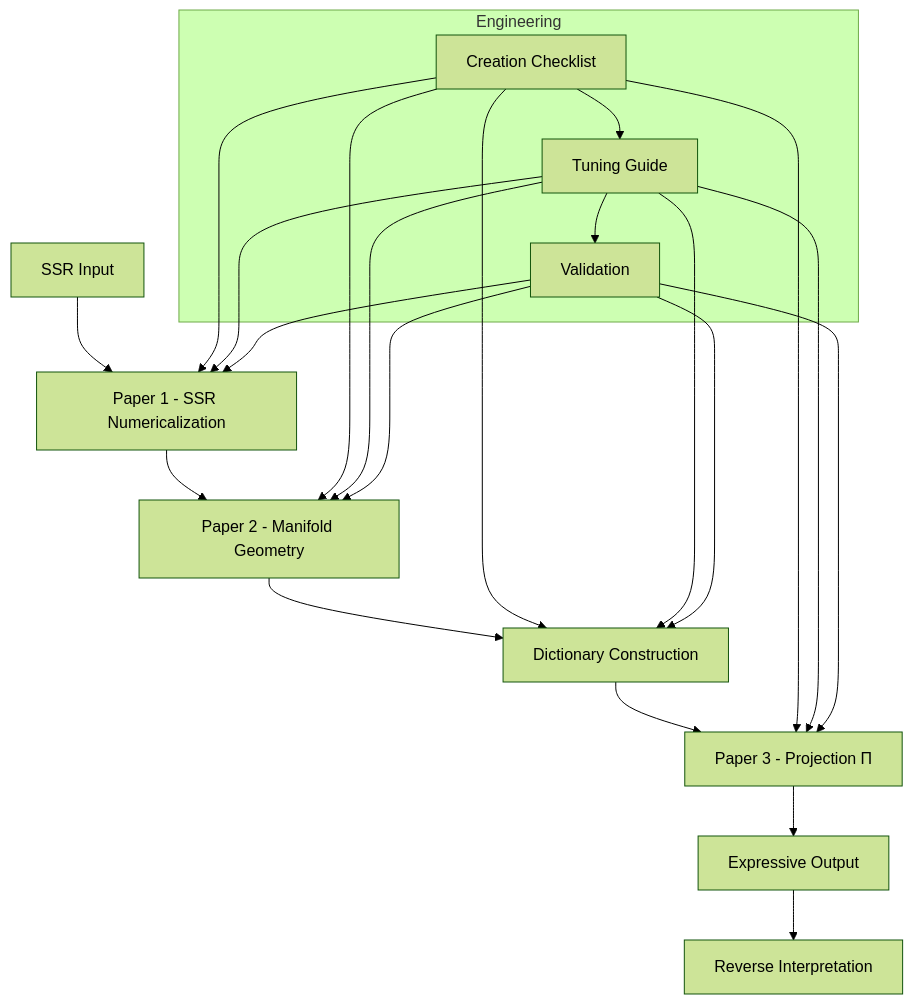
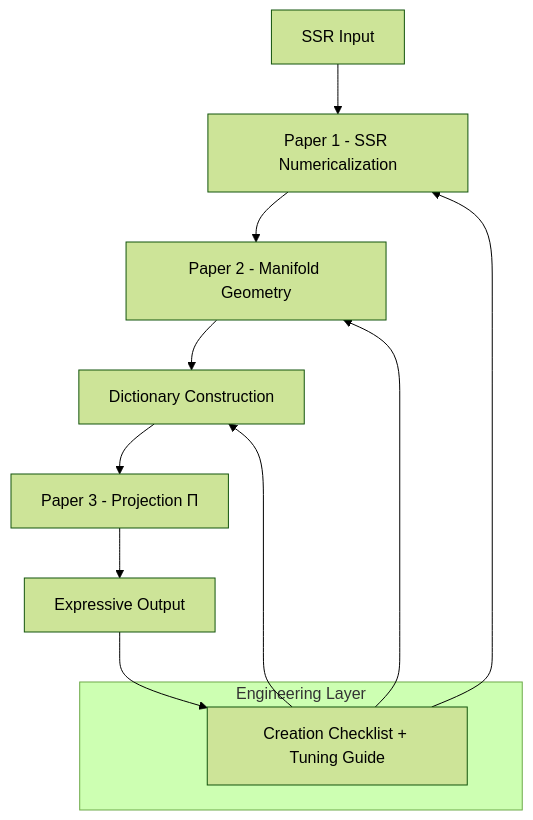
The diagram in thought_simulator/20_requirements/system_playground/manifold/manifold_white_papers/prework_manifold_and_back.md (CuriousOne23/WhenMathPrays), drawn with Mermaid (forest theme) before and after one commit. The commit also changed other lines of this file, not shown here.

````diff
--- a/thought_simulator/20_requirements/system_playground/manifold/manifold_white_papers/prework_manifold_and_back.md
+++ b/thought_simulator/20_requirements/system_playground/manifold/manifold_white_papers/prework_manifold_and_back.md
@@ -22,17 +22,18 @@
 ```mermaid
 flowchart TD
     A[SSR Input] --> B[Paper 1 - SSR Numericalization]
     B --> C[Paper 2 - Manifold Geometry]
     C --> D[Dictionary Construction]
     D --> E[Paper 3 - Projection Π]
     
-    subgraph Engineering
-        F[Creation Checklist] --> G[Tuning Guide]
-        G --> H[Validation]
+    E --> F[Expressive Output]
+    
+    subgraph Engineering Layer
+        G[Creation Checklist + Tuning Guide] 
     end
     
-    E --> I[Expressive Output]
-    I --> J[Reverse Interpretation]
-    
-    F & G & H --> B & C & D & E
+    F --> G
+    G --> B
+    G --> C
+    G --> D
 ```
````
